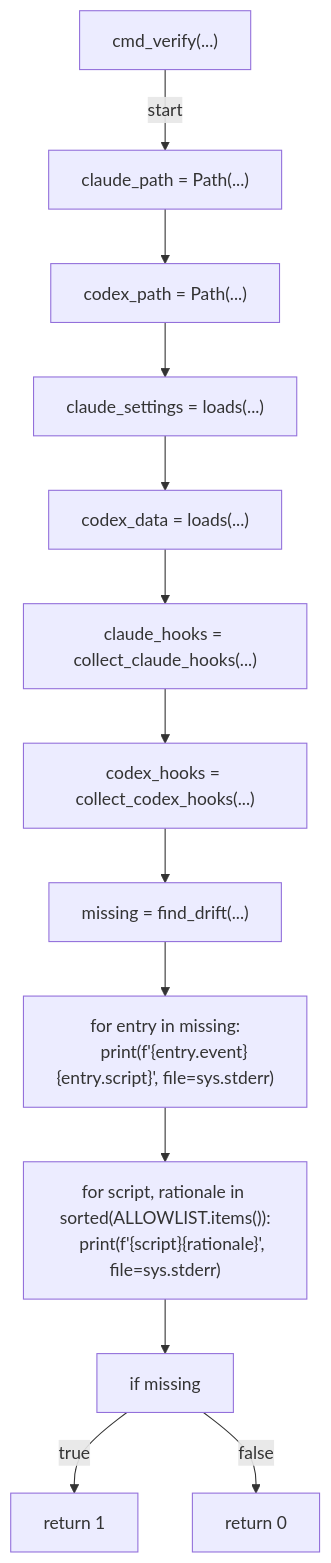
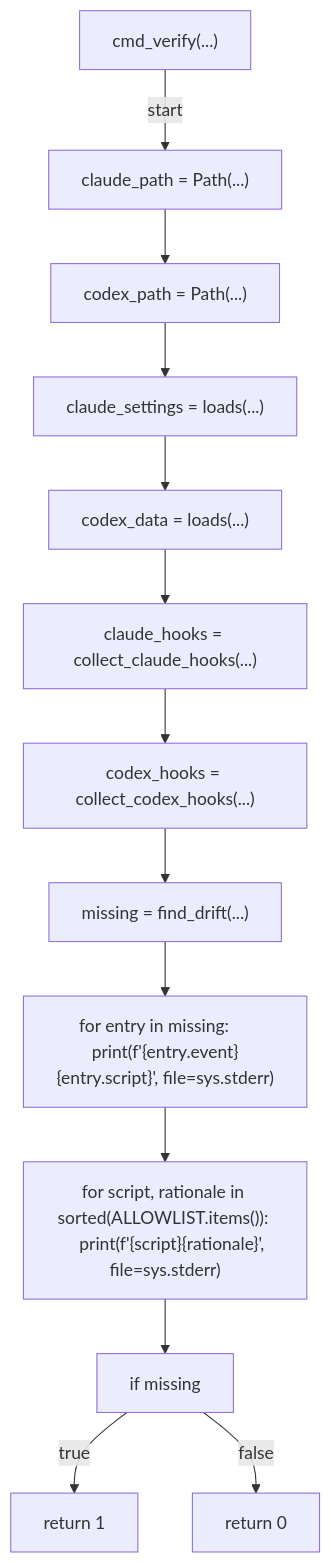
The seventh of 8 diagrams in docs/generated/scripts/ast/scan_hook_coverage_drift.md (tvna/claude-md), drawn with Mermaid before and after one commit. The commit also changed other lines of this file and 29 other files, not shown here.

First line of the commit message:
docs(generated): regenerate decision tree and workflow diagrams (batch 3/5)

````diff
--- a/docs/generated/scripts/ast/scan_hook_coverage_drift.md
+++ b/docs/generated/scripts/ast/scan_hook_coverage_drift.md
@@ -98,30 +77,28 @@
 ```mermaid
 flowchart TD
     N001["cmd_verify(...)"]
     N002["claude_path = Path(...)"]
     N003["codex_path = Path(...)"]
     N004["claude_settings = loads(...)"]
     N005["codex_data = loads(...)"]
     N006["claude_hooks = collect_claude_hooks(...)"]
     N007["codex_hooks = collect_codex_hooks(...)"]
     N008["missing = find_drift(...)"]
-    N009["for entry in missing:
-    print(f'<str>{entry.event}<str>{entry.script}<str>', file=sys.stderr)"]
-    N010["for script, rationale in sorted(ALLOWLIST.items()):
-    print(f'<str>{script}<str>{rationale}', file=sys.stderr)"]
+    N009["for entry in missing:     print(f'<str>{entry.event}<str>{entry.script}<str>', file=sys.stderr)"]
+    N010["for script, rationale in sorted(ALLOWLIST.items()):     print(f'<str>{script}<str>{rationale}', file=sys.stderr)"]
     N011["if missing"]
     N012["return 1"]
     N013["return 0"]
     N001 -->|"start"| N002
     N002 --> N003
     N003 --> N004
     N004 --> N005
     N005 --> N006
     N006 --> N007
     N007 --> N008
     N008 --> N009
     N009 --> N010
     N010 --> N011
     N011 -->|"true"| N012
     N011 -->|"false"| N013
 ```
````
